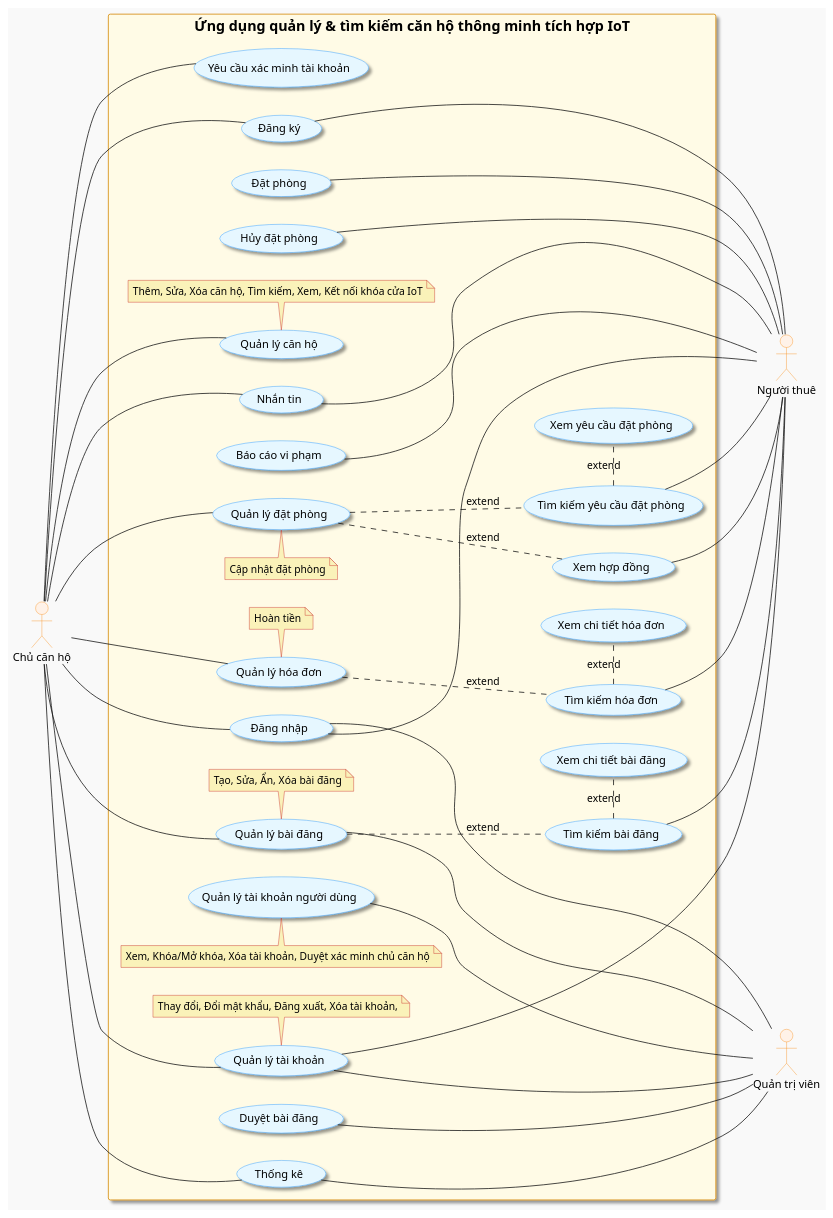
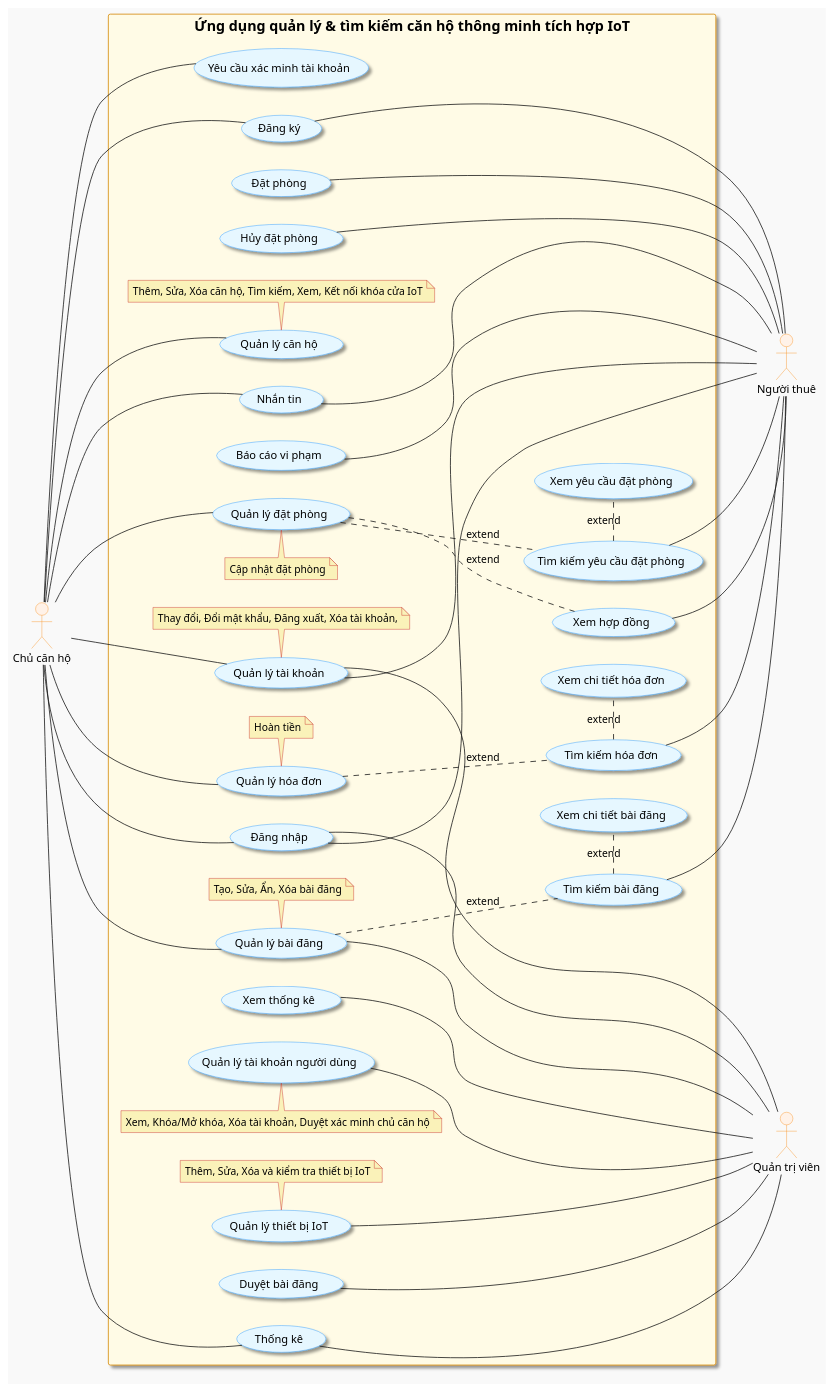
Before and after one commit to nho-moi-so/quan-ly-tim-kiem-phong-tro: the diagram in diagrams/usecase.puml, drawn with PlantUML. The commit also changed 1 other file, not shown here.

Commit message:
done: các chức năng của iot của admin và tối ưu cho owner

```diff
--- a/diagrams/usecase.puml
+++ b/diagrams/usecase.puml
@@ -2,139 +2,144 @@
 @startuml usecase-diagram
 skinparam shadowing false
 skinparam backgroundColor #f9f9f9
 skinparam usecase {
     BackgroundColor #e6f7ff
     BorderColor #1890ff
     FontColor #000000
     FontSize 14
     Shadowing true
 }
 skinparam actor {
     BackgroundColor #fff2e8
     BorderColor #fa8c16
     FontColor #000000
     FontSize 14
 }
 skinparam rectangle {
     BackgroundColor #fffbe6
     BorderColor #d48806
     FontColor #000000
     FontSize 18
     Shadowing true
 }
 skinparam note{
     BackgroundColor #faf2b9
     BorderColor #c51c1c
 }
 left to right direction
 
 actor "Quản trị viên" as Admin
 actor "Người thuê" as Guest
 actor "Chủ căn hộ" as Owner
 
 rectangle "Ứng dụng quản lý & tìm kiếm căn hộ thông minh tích hợp IoT"{
 ' Các chức năng của Chủ căn hộ
 ' usecase "Đăng xuất" as logout
 usecase "Đăng nhập" as login
 usecase "Đăng ký" as register
 usecase "Quản lý tài khoản" as manage_account
 note bottom of manage_account: Thay đổi, Đổi mật khẩu, Đăng xuất, Xóa tài khoản,
 usecase "Yêu cầu xác minh tài khoản" as request_owner_verification
 
 usecase "Quản lý căn hộ" as manage_apartment
 note bottom of manage_apartment: Thêm, Sửa, Xóa căn hộ, Tìm kiếm, Xem, Kết nối khóa cửa IoT
 ' usecase "Kết nối khóa cửa IoT" as connect_iot_lock
 ' manage_apartment .. connect_iot_lock: extend
 
 usecase "Quản lý đặt phòng" as manage_booking
 note top of manage_booking: Cập nhật đặt phòng
 usecase "Xem hợp đồng" as view_booking_contract
 manage_booking .. view_booking_contract: extend
 usecase "Quản lý hóa đơn" as manage_invoice
 note bottom of manage_invoice: Hoàn tiền
 usecase "Quản lý bài đăng" as manage_post
 note bottom of manage_post: Tạo, Sửa, Ẩn, Xóa bài đăng
 usecase "Nhắn tin" as messaging
 usecase "Thống kê" as statistics
 
 ' Các chức năng của Người thuê
 ' usecase "Quản lý tài khoản" as manage_account
 ' usecase "Đăng xuất" as logout
 ' usecase "Đăng nhập" as login
 ' usecase "Đăng ký" as register
 ' usecase "Tìm kiếm căn hộ" as search_apartment
 ' usecase "Xem chi tiết căn hộ" as view_apartment_details
 ' manage_apartment .. search_apartment: extend
 ' search_apartment . view_apartment_details: extend
 
 usecase "Đặt phòng" as book_apartment
 usecase "Hủy đặt phòng" as cancel_booking
 
 usecase "Tìm kiếm yêu cầu đặt phòng" as search_booking
 manage_booking .. search_booking: extend
 usecase "Xem yêu cầu đặt phòng" as view_booking_requests
 search_booking . view_booking_requests: extend
 
 
 usecase "Tìm kiếm hóa đơn" as search_invoices
 manage_invoice .. search_invoices: extend
 usecase "Xem chi tiết hóa đơn" as view_invoice_details
 search_invoices . view_invoice_details: extend
 usecase "Tìm kiếm bài đăng" as search_posts
 manage_post .. search_posts: extend
 usecase "Xem chi tiết bài đăng" as view_post_details
 search_posts . view_post_details: extend
 ' usecase "Nhắn tin" as messaging
 
 usecase "Báo cáo vi phạm" as report_violation
 
 ' Các chức năng của Quản trị viên
 usecase "Quản lý tài khoản người dùng" as manage_user_accounts
 note top of manage_user_accounts: Xem, Khóa/Mở khóa, Xóa tài khoản, Duyệt xác minh chủ căn hộ
 ' usecase "Đăng xuất" as logout
 ' usecase "Đăng nhập" as login
 ' usecase "Đổi mật khẩu" as change_password
 ' manage_account .. change_password: extend
 'usecase "Quản lý bài đăng" as manage_post
 usecase "Duyệt bài đăng" as approve_posts
 ' usecase "Thống kê" as statistics
+usecase "Xem thống kê" as view_statistics
+usecase "Quản lý thiết bị IoT" as manage_iot_devices
+note bottom of manage_iot_devices: Thêm, Sửa, Xóa và kiểm tra thiết bị IoT
 
 ' nối các usecase
 'Chủ căn hộ
 (Owner) -- (login)
 (Owner) -- (register)
 (Owner) -- (manage_account)
 (request_owner_verification) - (Owner)
 (Owner) -- (manage_apartment)
 (Owner) -- (manage_booking)
 (Owner) -- (manage_invoice)
 (Owner) -- (manage_post)
 (Owner) -- (messaging)
 (Owner) -- (statistics)
 
 
 'Người thuê
 (register) - (Guest)
 (login) - (Guest)
 (manage_account) -- (Guest)
 (search_posts) -- (Guest)
 (book_apartment) - (Guest)
 (cancel_booking) - (Guest)
 (search_booking) -- (Guest)
 (search_invoices) -- (Guest)
 (view_booking_contract) -- (Guest)
 (messaging) - (Guest)
 (report_violation) - (Guest)
 
 'Quản trị viên
 (login) --- (Admin)
 (manage_user_accounts) - (Admin)
 (manage_account) -- (Admin)
 (manage_post) -- (Admin)
 (approve_posts) - (Admin)
 ' (change_password) -- (Admin)
 (statistics) - (Admin)
+(view_statistics) -- (Admin)
+(manage_iot_devices) - (Admin)
 
 
 }
 @enduml
```
